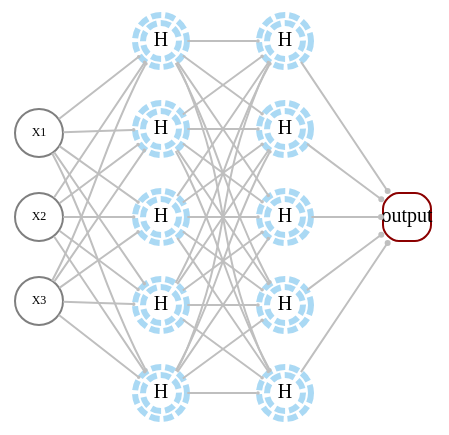
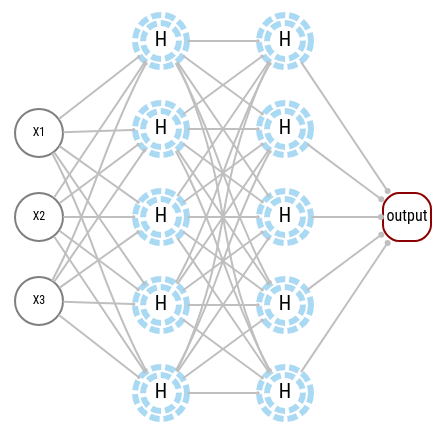
One commit to m-clark/book-of-models changed the diagram in img/nn_basic.dot. Above: the diagram before and after it, drawn with Graphviz. The commit also changed 42 other files, not shown here.

```diff
--- a/img/nn_basic.dot
+++ b/img/nn_basic.dot
@@ -1,34 +1,34 @@
 digraph neural_network {
   bgcolor="transparent"
   rankdir=LR;
-  node [shape=circle color=gray50];
+  node [shape=circle color=gray50 fontname="Roboto Condensed"];
 
   X1 [label="X1" fixedsize=True fontsize =6 width=.33];
   X2 [label="X2" fixedsize=True fontsize =6 width=.33];
   X3 [label="X3" fixedsize=True fontsize =6 width=.33];
   
   
   X1 -> hidden1, hidden2, hidden3, hidden4,hidden5 [arrowhead="dot" arrowsize=0.1 minlen=1 fontsize=7 color=gray75];
   X2 -> hidden1, hidden2, hidden3, hidden4,hidden5 [arrowhead="dot" arrowsize=0.1 minlen=1 fontsize=7 color=gray75];
   X3 -> hidden1, hidden2, hidden3, hidden4,hidden5 [arrowhead="dot" arrowsize=0.1 minlen=1 fontsize=7 color=gray75];
 
 
   hidden1 [label=H fixedsize=True fontsize =10 width=.25 color = "#56B4E980" shape=doublecircle style=dashed penwidth=3];
   hidden2 [label=H fixedsize=True fontsize =10 width=.25 color = "#56B4E980" shape=doublecircle style=dashed penwidth=3];
   hidden3 [label=H fixedsize=True fontsize =10 width=.25 color = "#56B4E980" shape=doublecircle style=dashed penwidth=3];
   hidden4 [label=H fixedsize=True fontsize =10 width=.25 color = "#56B4E980" shape=doublecircle style=dashed penwidth=3];
   hidden5 [label=H fixedsize=True fontsize =10 width=.25 color = "#56B4E980" shape=doublecircle style=dashed penwidth=3];
     
   hidden1, hidden2, hidden3, hidden4, hidden5 -> hidden1b, hidden2b, hidden3b, hidden4b, hidden5b [arrowhead="dot" arrowsize=0.1 minlen=1 fontsize=7 color=gray75];
 
   hidden1b [label=H fixedsize=True fontsize =10 width=.25 color = "#56B4E980" shape=doublecircle style=dashed penwidth=3];
   hidden2b [label=H fixedsize=True fontsize =10 width=.25 color = "#56B4E980" shape=doublecircle style=dashed penwidth=3];
   hidden3b [label=H fixedsize=True fontsize =10 width=.25 color = "#56B4E980" shape=doublecircle style=dashed penwidth=3];
   hidden4b [label=H fixedsize=True fontsize =10 width=.25 color = "#56B4E980" shape=doublecircle style=dashed penwidth=3];
   hidden5b [label=H fixedsize=True fontsize =10 width=.25 color = "#56B4E980" shape=doublecircle style=dashed penwidth=3];
 
 
   hidden1b, hidden2b, hidden3b, hidden4b, hidden5b -> output [arrowhead="dot" arrowsize=0.25 minlen=1 color=gray75];
 
-  output [label="output" fixedsize=True fontsize =10 width=.33 color=darkred shape=square style=rounded];
+  output [label="output" fixedsize=True fontsize =8 width=.33 color=darkred shape=square style=rounded];
 }
```
